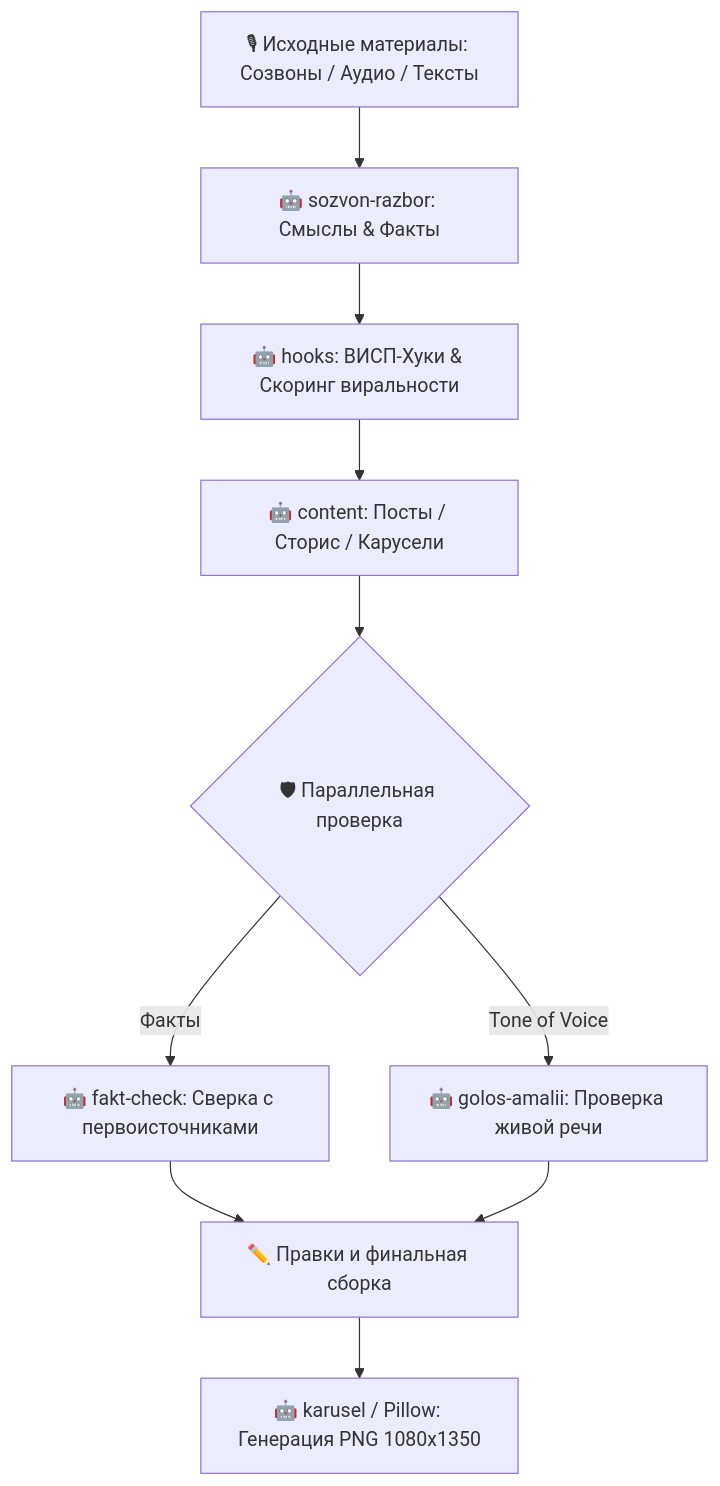
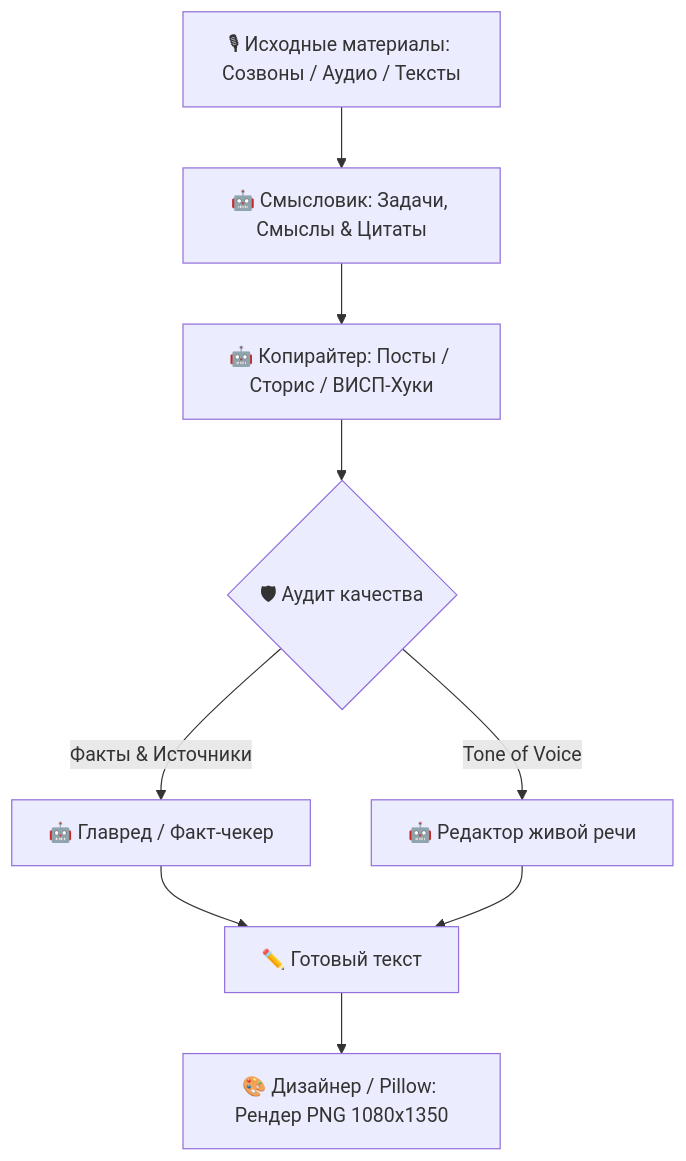
The diagram in README.md (alexrexby/content-agent-system), drawn with Mermaid before and after one commit. The commit also changed other lines of this file, not shown here.

Commit message:
docs: rewrite README with clean architecture and 5-specialist team structure

````diff
--- a/README.md
+++ b/README.md
@@ -19,11 +19,10 @@
 ```mermaid
 flowchart TD
-    A[🎙 Исходные материалы: Созвоны / Аудио / Тексты] --> B[🤖 sozvon-razbor: Смыслы & Факты]
-    B --> C[🤖 hooks: ВИСП-Хуки & Скоринг виральности]
-    C --> D[🤖 content: Посты / Сторис / Карусели]
-    D --> E{🛡 Параллельная проверка}
-    E -->|Факты| F[🤖 fakt-check: Сверка с первоисточниками]
-    E -->|Tone of Voice| G[🤖 golos-amalii: Проверка живой речи]
-    F & G --> H[✏️ Правки и финальная сборка]
-    H --> I[🤖 karusel / Pillow: Генерация PNG 1080x1350]
+    A[🎙 Исходные материалы: Созвоны / Аудио / Тексты] --> B[🤖 Смысловик: Задачи, Смыслы & Цитаты]
+    B --> C[🤖 Копирайтер: Посты / Сторис / ВИСП-Хуки]
+    C --> D{🛡 Аудит качества}
+    D -->|Факты & Источники| E[🤖 Главред / Факт-чекер]
+    D -->|Tone of Voice| F[🤖 Редактор живой речи]
+    E & F --> G[✏️ Готовый текст]
+    G --> H[🎨 Дизайнер / Pillow: Рендер PNG 1080x1350]
 ```
````
